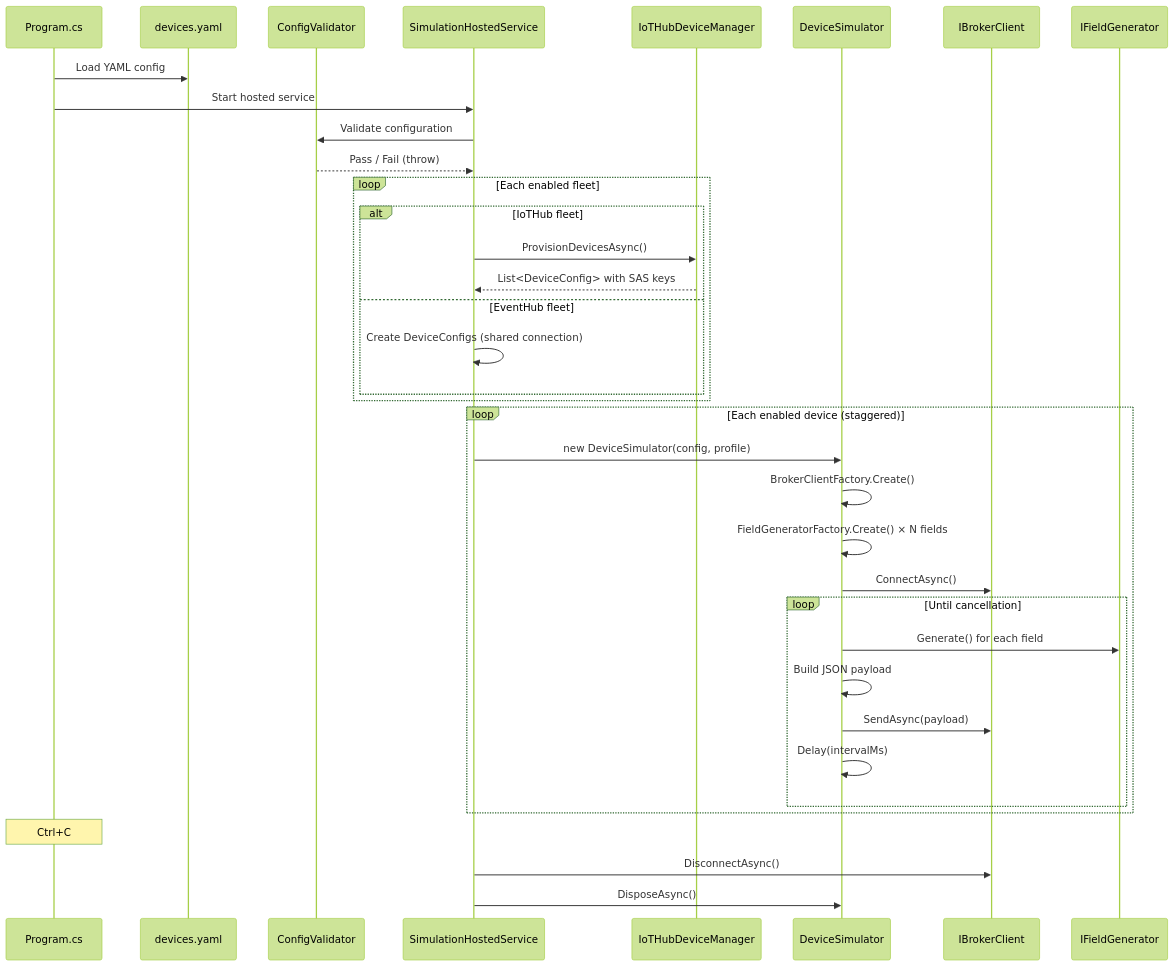
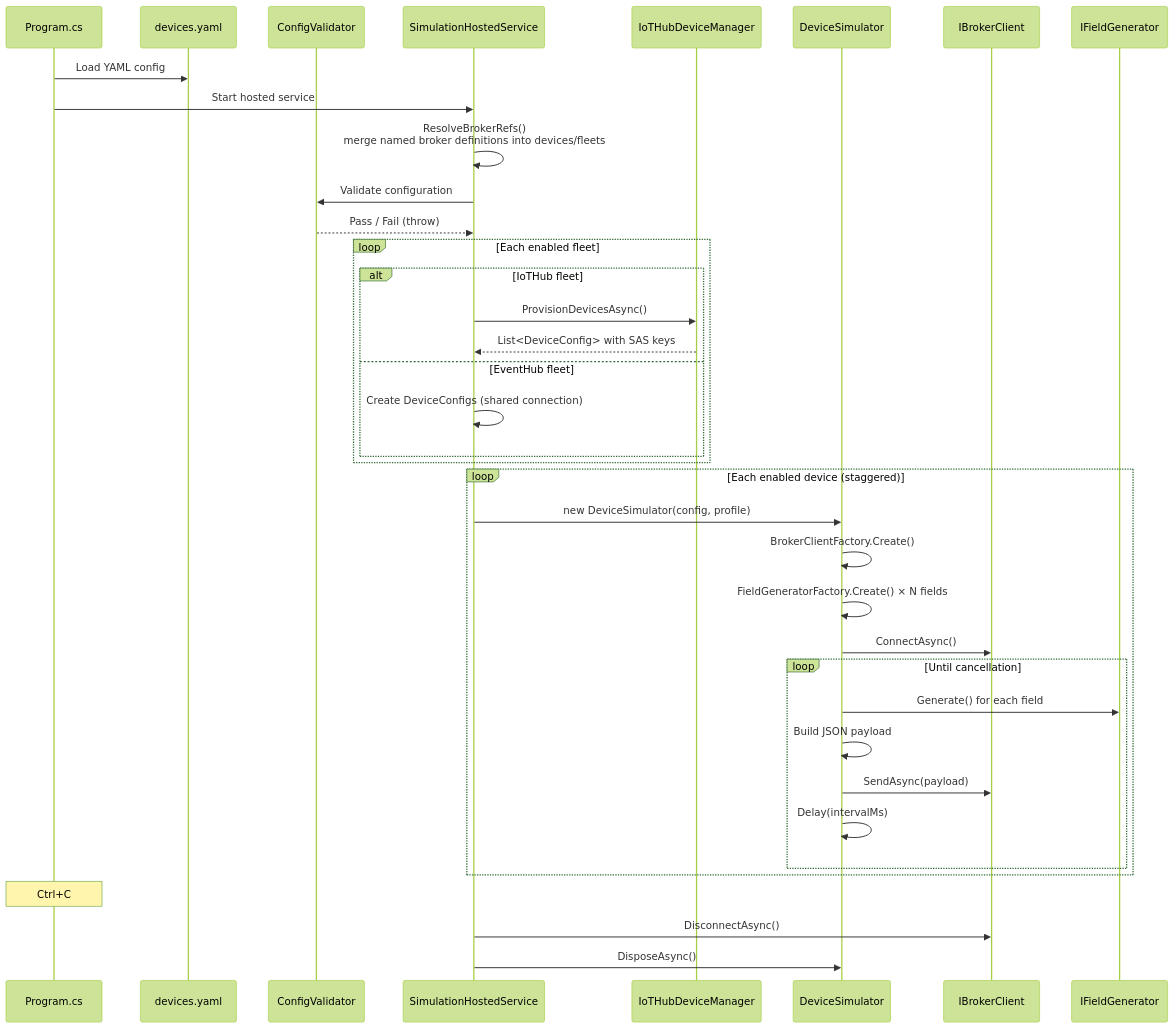
Before and after one commit to howardginsburg/MQTTSimulator: the second of 2 diagrams in ARCHITECTURE.md, drawn with Mermaid (forest theme). The commit also changed other lines of this file and 10 other files, not shown here.

Commit message:
feat: Implement named broker configuration and topic resolution for devices and fleets

````diff
--- a/ARCHITECTURE.md
+++ b/ARCHITECTURE.md
@@ -110,42 +112,43 @@
 ```mermaid
 sequenceDiagram
     participant P as Program.cs
     participant Y as devices.yaml
     participant V as ConfigValidator
     participant S as SimulationHostedService
     participant DM as IoTHubDeviceManager
     participant DS as DeviceSimulator
     participant B as IBrokerClient
     participant G as IFieldGenerator
 
     P->>Y: Load YAML config
     P->>S: Start hosted service
+    S->>S: ResolveBrokerRefs()<br/>merge named broker definitions into devices/fleets
     S->>V: Validate configuration
     V-->>S: Pass / Fail (throw)
 
     loop Each enabled fleet
         alt IoTHub fleet
             S->>DM: ProvisionDevicesAsync()
             DM-->>S: List<DeviceConfig> with SAS keys
         else EventHub fleet
             S->>S: Create DeviceConfigs (shared connection)
         end
     end
 
     loop Each enabled device (staggered)
         S->>DS: new DeviceSimulator(config, profile)
         DS->>DS: BrokerClientFactory.Create()
         DS->>DS: FieldGeneratorFactory.Create() × N fields
         DS->>B: ConnectAsync()
         loop Until cancellation
             DS->>G: Generate() for each field
             DS->>DS: Build JSON payload
             DS->>B: SendAsync(payload)
             DS->>DS: Delay(intervalMs)
         end
     end
 
     Note over P: Ctrl+C
     S->>B: DisconnectAsync()
     S->>DS: DisposeAsync()
 ```
````
